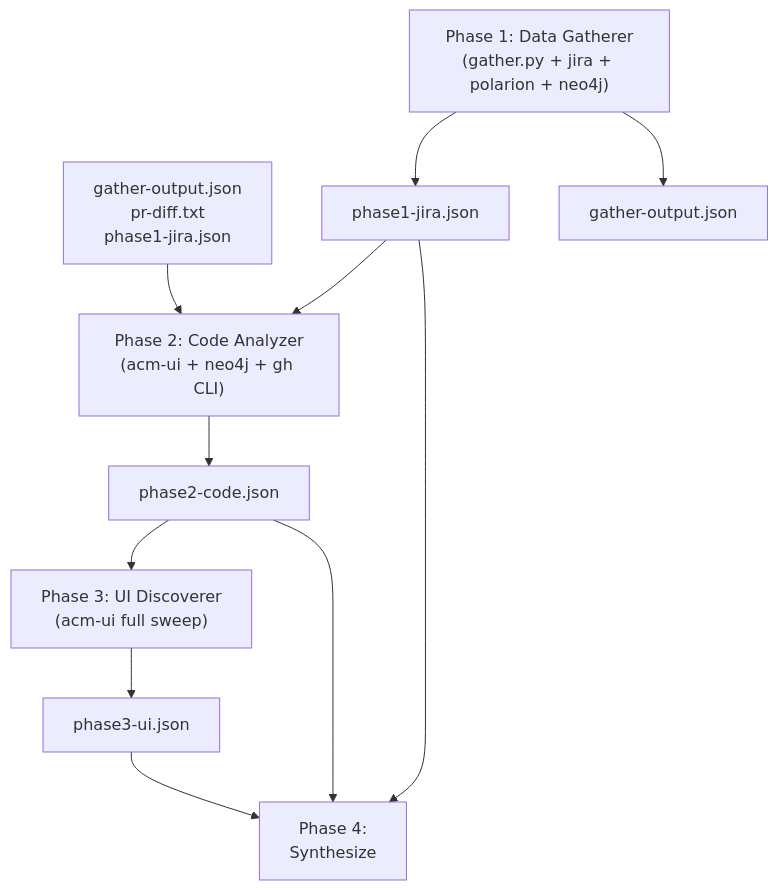
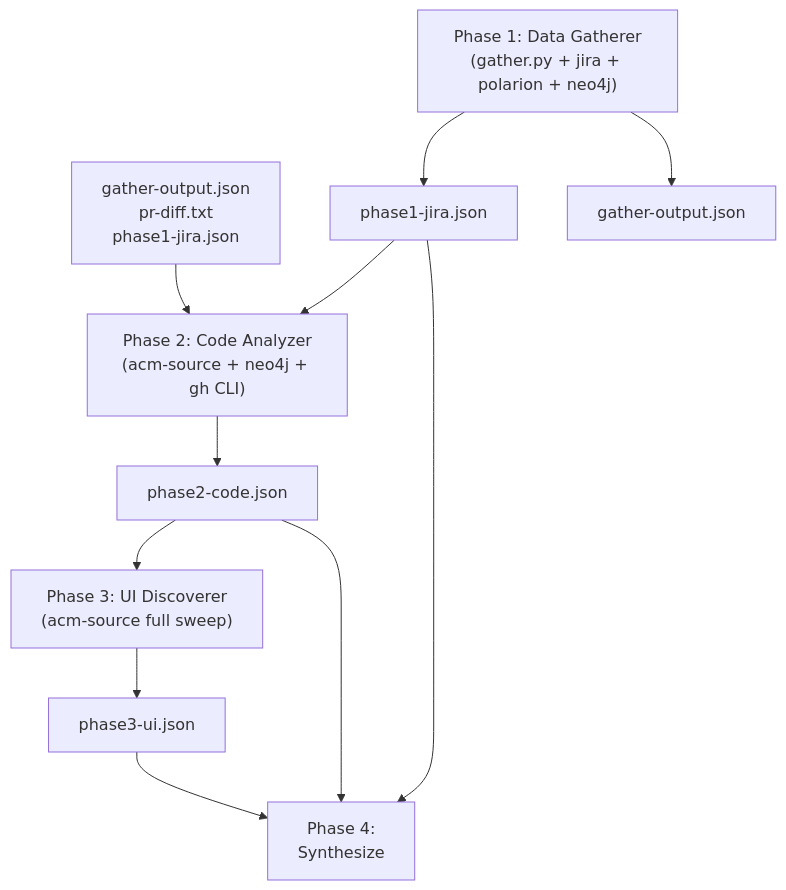
Before and after one commit to stolostron/acm-ai-qe: the sixth of 7 diagrams in docs/test-case-generator/07-SKILL-ARCHITECTURE.md, drawn with Mermaid. The commit also changed other lines of this file and 170 other files, not shown here.

First line of the commit message:
feat: rename acm-ui to acm-source, remove MCP wrapper skills, rename acm-code-analyzer to acm-qe-code-analyzer, remove Polarion/peer from reviewer

````diff
--- a/docs/test-case-generator/07-SKILL-ARCHITECTURE.md
+++ b/docs/test-case-generator/07-SKILL-ARCHITECTURE.md
@@ -577,15 +541,15 @@
 ```mermaid
 flowchart TD
     GO[gather-output.json\npr-diff.txt\nphase1-jira.json] --> P2
 
     P1["Phase 1: Data Gatherer\n(gather.py + jira + polarion + neo4j)"] --> J[phase1-jira.json]
     P1 --> GO2[gather-output.json]
     J --> P2
-    P2["Phase 2: Code Analyzer\n(acm-ui + neo4j + gh CLI)"] --> C[phase2-code.json]
+    P2["Phase 2: Code Analyzer\n(acm-source + neo4j + gh CLI)"] --> C[phase2-code.json]
     C --> P3
-    P3["Phase 3: UI Discoverer\n(acm-ui full sweep)"] --> U[phase3-ui.json]
+    P3["Phase 3: UI Discoverer\n(acm-source full sweep)"] --> U[phase3-ui.json]
 
     U --> SYN[Phase 4:\nSynthesize]
     J --> SYN
     C --> SYN
 ```
````
